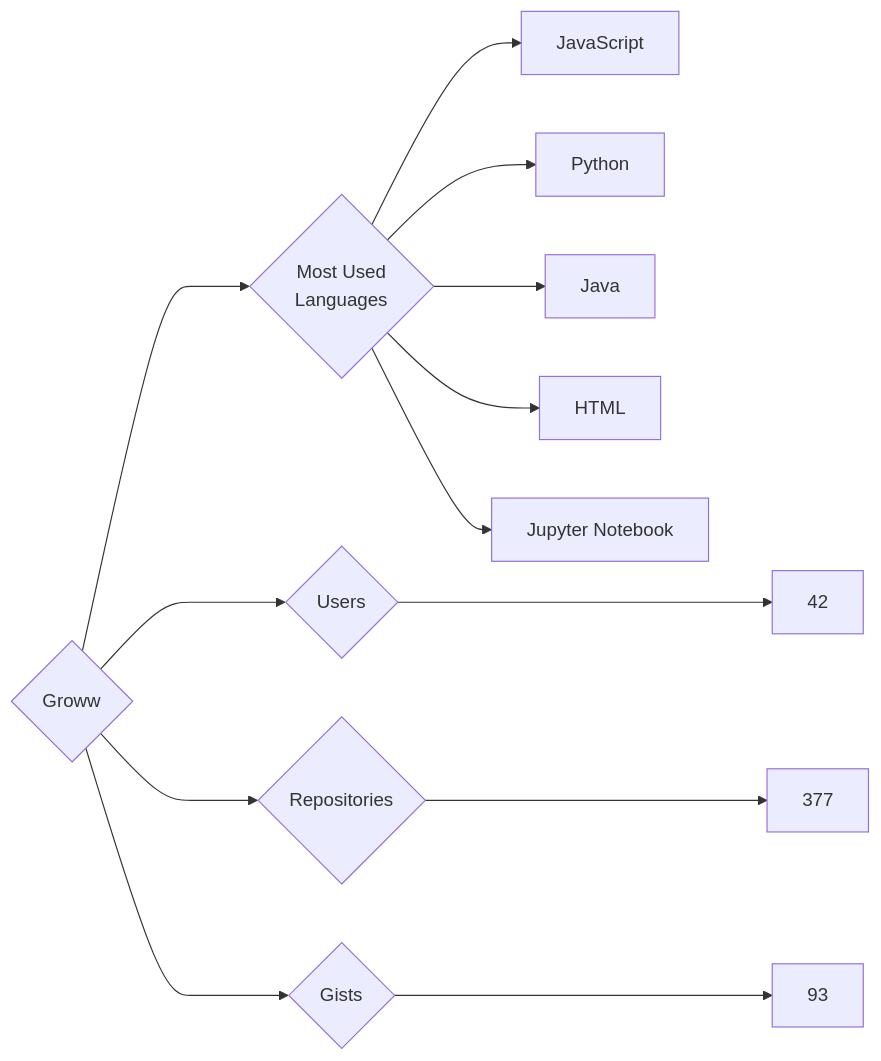
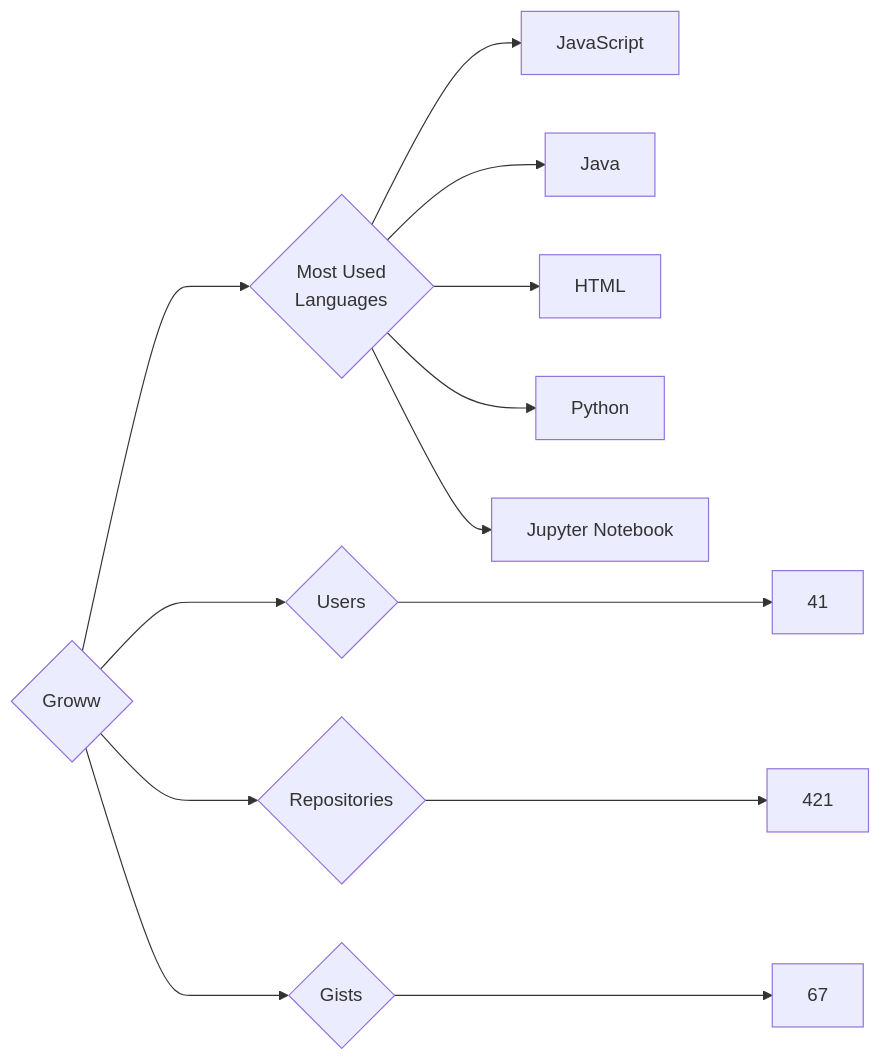
One commit to trickest/insiders changed the diagram in targets/Groww/README.md. Above: the diagram before and after it, drawn with Mermaid. The commit also changed 895 other files, not shown here.

````diff
--- a/targets/Groww/README.md
+++ b/targets/Groww/README.md
@@ -3,13 +3,13 @@
 ```mermaid
 graph LR
 COMPANY_NAME{Groww}
-COMPANY_NAME ---> U{Users} ---> UN[42]
-COMPANY_NAME ---> R{Repositories} ---> RN[377]
-COMPANY_NAME ---> G{Gists} ---> GN[93]
+COMPANY_NAME ---> U{Users} ---> UN[41]
+COMPANY_NAME ---> R{Repositories} ---> RN[421]
+COMPANY_NAME ---> G{Gists} ---> GN[67]
 COMPANY_NAME ---> ML{Most Used<br>Languages}
 ML --> JavaScript[JavaScript]
-ML --> Python[Python]
 ML --> Java[Java]
 ML --> HTML[HTML]
+ML --> Python[Python]
 ML --> Jupyter_Notebook[Jupyter Notebook]
 ```
````
